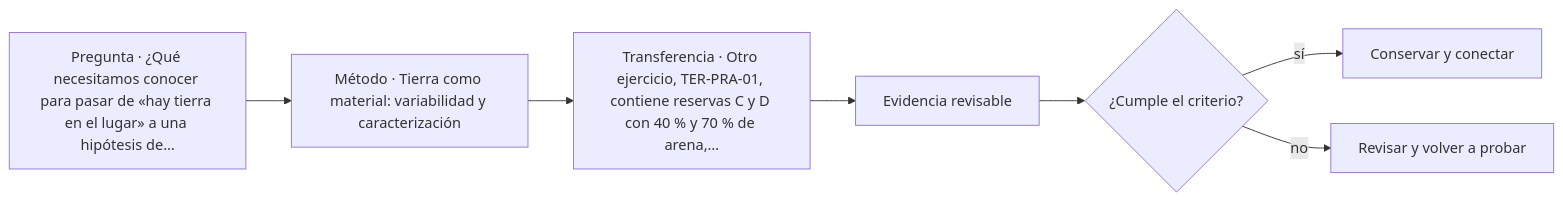
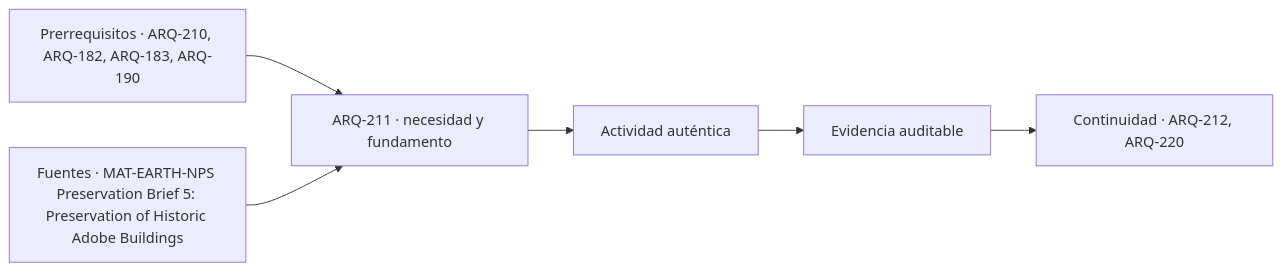
One commit to vladimiracunadev-create/architecture-built-environment-learning-program changed the diagram in classes/parte-22/ARQ-211.md. Above: the diagram before and after it, drawn with Mermaid. The commit also changed other lines of this file and 761 other files, not shown here.

````diff
--- a/classes/parte-22/ARQ-211.md
+++ b/classes/parte-22/ARQ-211.md
@@ -130,9 +142,8 @@
 ```mermaid
 flowchart LR
-    Q["Pregunta · ¿Qué necesitamos conocer para pasar de «hay tierra en el lugar» a una hipótesis de…"] --> M["Método · Tierra como material: variabilidad y caracterización"]
-    M --> P["Transferencia · Otro ejercicio, TER-PRA-01, contiene reservas C y D con 40 % y 70 % de arena,…"]
-    P --> E["Evidencia revisable"]
-    E --> C{"¿Cumple el criterio?"}
-    C -->|sí| T["Conservar y conectar"]
-    C -->|no| R["Revisar y volver a probar"]
+    A["Prerrequisitos · ARQ-210, ARQ-182, ARQ-183, ARQ-190"] --> B["ARQ-211 · necesidad y fundamento"]
+    S["Fuentes · MAT-EARTH-NPS Preservation Brief 5: Preservation of Historic Adobe Buildings"] --> B
+    B --> C["Actividad auténtica"]
+    C --> D["Evidencia auditable"]
+    D --> E["Continuidad · ARQ-212, ARQ-220"]
 ```
````
